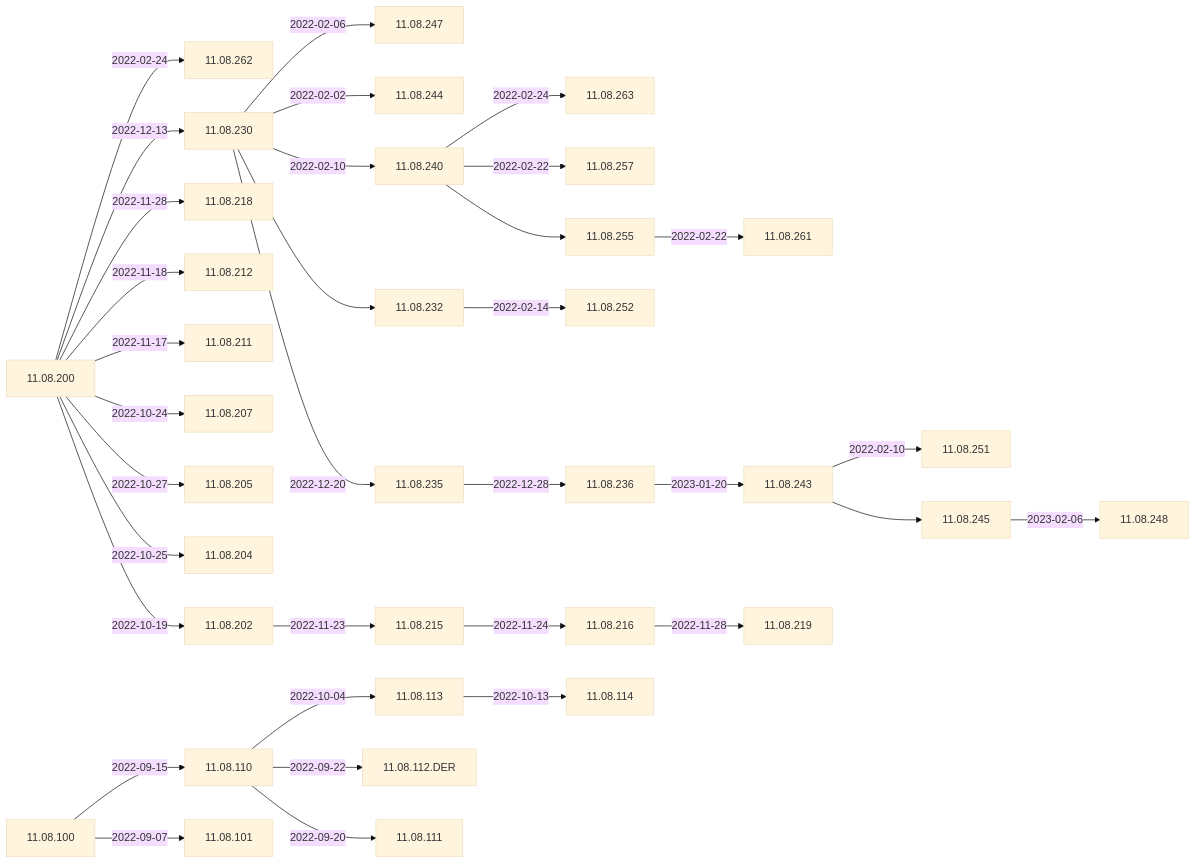
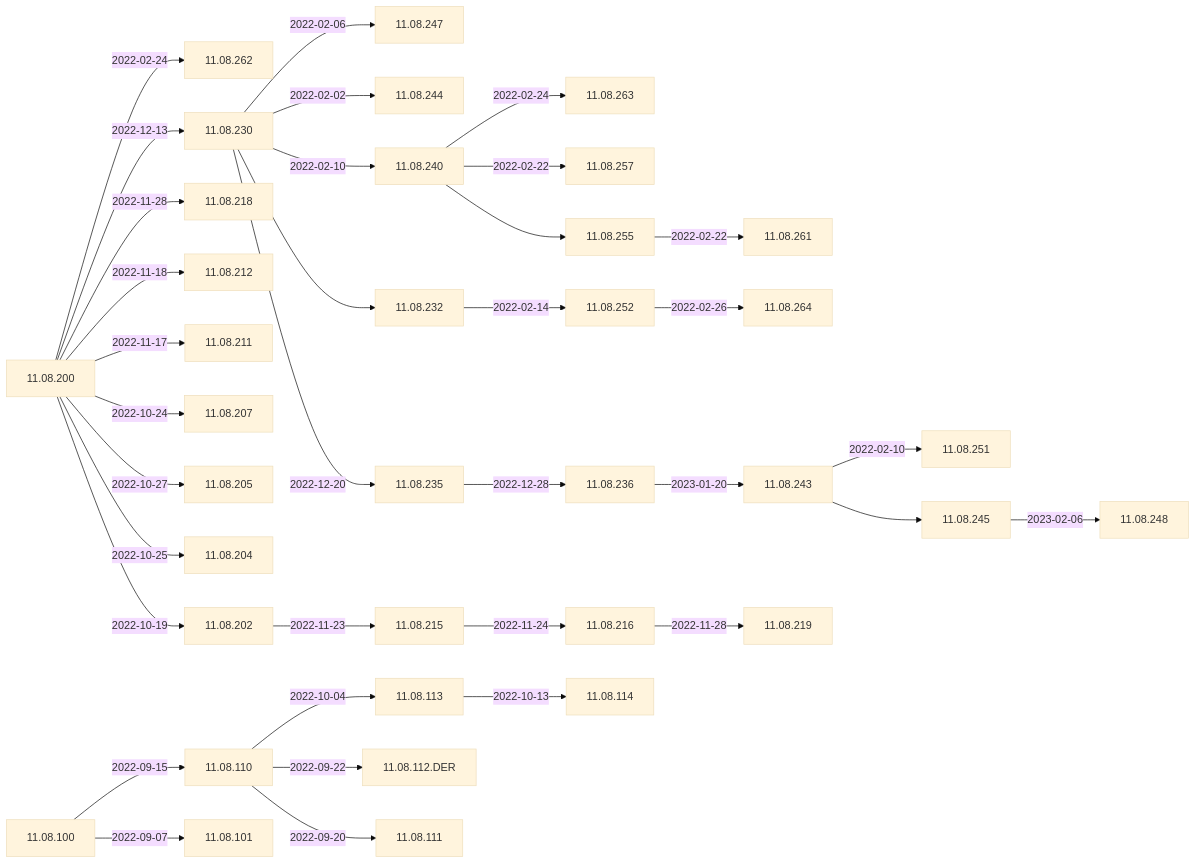
One commit to woydziak/IGEL-Docs changed the first of 3 diagrams in Docs/ReleaseNotes/01-OS11/README.md. Above: the diagram before and after it, drawn with Mermaid (base theme).

Commit message:
11.08.252 --> 11.08.264

````diff
--- a/Docs/ReleaseNotes/01-OS11/README.md
+++ b/Docs/ReleaseNotes/01-OS11/README.md
@@ -9,49 +9,51 @@
 ```mermaid
 flowchart LR
+    11.08.252-- 2022-02-26 -->11.08.264
     11.08.200-- 2022-02-24 -->11.08.262
     11.08.243-- 2022-02-10 -->11.08.251
     11.08.230-- 2022-02-06 -->11.08.247
     11.08.230-- 2022-02-02 -->11.08.244
     11.08.240-- 2022-02-24 -->11.08.263
     11.08.240-- 2022-02-22 -->11.08.257
     11.08.240-->11.08.255-- 2022-02-22 -->11.08.261
     11.08.230-- 2022-02-10 -->11.08.240
     11.08.230-->11.08.232-- 2022-02-14 -->11.08.252
     11.08.200-- 2022-12-13 -->11.08.230-- 2022-12-20 -->11.08.235-- 2022-12-28 -->11.08.236-- 2023-01-20 -->11.08.243-->11.08.245-- 2023-02-06 -->11.08.248
     11.08.200-- 2022-11-28 -->11.08.218
     11.08.200-- 2022-11-18 -->11.08.212
     11.08.200-- 2022-11-17 -->11.08.211
     11.08.200-- 2022-10-24 -->11.08.207
     11.08.200-- 2022-10-27 -->11.08.205
     11.08.200-- 2022-10-25 -->11.08.204
     11.08.200-- 2022-10-19 -->11.08.202-- 2022-11-23 -->11.08.215-- 2022-11-24 -->11.08.216-- 2022-11-28 -->11.08.219
     11.08.110-- 2022-10-04 -->11.08.113-- 2022-10-13 -->11.08.114
     11.08.110-- 2022-09-22 -->11.08.112.DER
     11.08.100-- 2022-09-15 -->11.08.110-- 2022-09-20 -->11.08.111
     11.08.100-- 2022-09-07 -->11.08.101
+    click 11.08.264 "https://github.com/IGEL-Community/IGEL-Docs/blob/main/Docs/ReleaseNotes/01-OS11/readme11.08.264.txt" "Open this in a new tab"
     click 11.08.263 "https://github.com/IGEL-Community/IGEL-Docs/blob/main/Docs/ReleaseNotes/01-OS11/readme11.08.263.txt" "Open this in a new tab"
     click 11.08.262 "https://github.com/IGEL-Community/IGEL-Docs/blob/main/Docs/ReleaseNotes/01-OS11/readme11.08.262.txt" "Open this in a new tab"
     click 11.08.261 "https://github.com/IGEL-Community/IGEL-Docs/blob/main/Docs/ReleaseNotes/01-OS11/readme11.08.261.txt" "Open this in a new tab"
     click 11.08.257 "https://github.com/IGEL-Community/IGEL-Docs/blob/main/Docs/ReleaseNotes/01-OS11/readme11.08.257.txt" "Open this in a new tab"
     click 11.08.252 "https://github.com/IGEL-Community/IGEL-Docs/blob/main/Docs/ReleaseNotes/01-OS11/readme11.08.252.txt" "Open this in a new tab"
     click 11.08.251 "https://github.com/IGEL-Community/IGEL-Docs/blob/main/Docs/ReleaseNotes/01-OS11/readme11.08.251.txt" "Open this in a new tab"
     click 11.08.248 "https://github.com/IGEL-Community/IGEL-Docs/blob/main/Docs/ReleaseNotes/01-OS11/readme11.08.248.txt" "Open this in a new tab"
     click 11.08.247 "https://github.com/IGEL-Community/IGEL-Docs/blob/main/Docs/ReleaseNotes/01-OS11/readme11.08.247.txt" "Open this in a new tab"
     click 11.08.244 "https://github.com/IGEL-Community/IGEL-Docs/blob/main/Docs/ReleaseNotes/01-OS11/readme11.08.244.txt" "Open this in a new tab"
     click 11.08.243 "https://github.com/IGEL-Community/IGEL-Docs/blob/main/Docs/ReleaseNotes/01-OS11/readme11.08.243.txt" "Open this in a new tab"
     click 11.08.240 "https://github.com/IGEL-Community/IGEL-Docs/blob/main/Docs/ReleaseNotes/01-OS11/readme11.08.240.txt" "Open this in a new tab"
     click 11.08.236 "https://github.com/IGEL-Community/IGEL-Docs/blob/main/Docs/ReleaseNotes/01-OS11/readme11.08.236.txt" "Open this in a new tab"
     click 11.08.235 "https://github.com/IGEL-Community/IGEL-Docs/blob/main/Docs/ReleaseNotes/01-OS11/readme11.08.235.txt" "Open this in a new tab"
     click 11.08.230 "https://github.com/IGEL-Community/IGEL-Docs/blob/main/Docs/ReleaseNotes/01-OS11/readme11.08.230.txt" "Open this in a new tab"
     click 11.08.219 "https://github.com/IGEL-Community/IGEL-Docs/blob/main/Docs/ReleaseNotes/01-OS11/readme11.08.219.txt" "Open this in a new tab"
     click 11.08.218 "https://github.com/IGEL-Community/IGEL-Docs/blob/main/Docs/ReleaseNotes/01-OS11/readme11.08.218.txt" "Open this in a new tab"
     click 11.08.216 "https://github.com/IGEL-Community/IGEL-Docs/blob/main/Docs/ReleaseNotes/01-OS11/readme11.08.216.txt" "Open this in a new tab"
     click 11.08.215 "https://github.com/IGEL-Community/IGEL-Docs/blob/main/Docs/ReleaseNotes/01-OS11/readme11.08.215.txt" "Open this in a new tab"
     click 11.08.212 "https://github.com/IGEL-Community/IGEL-Docs/blob/main/Docs/ReleaseNotes/01-OS11/readme11.08.212.txt" "Open this in a new tab"
     click 11.08.211 "https://github.com/IGEL-Community/IGEL-Docs/blob/main/Docs/ReleaseNotes/01-OS11/readme11.08.211.txt" "Open this in a new tab"
     click 11.08.207 "https://github.com/IGEL-Community/IGEL-Docs/blob/main/Docs/ReleaseNotes/01-OS11/readme11.08.207.txt" "Open this in a new tab"
     click 11.08.205 "https://github.com/IGEL-Community/IGEL-Docs/blob/main/Docs/ReleaseNotes/01-OS11/readme11.08.205.txt" "Open this in a new tab"
     click 11.08.204 "https://github.com/IGEL-Community/IGEL-Docs/blob/main/Docs/ReleaseNotes/01-OS11/readme11.08.204.txt" "Open this in a new tab"
     click 11.08.202 "https://github.com/IGEL-Community/IGEL-Docs/blob/main/Docs/ReleaseNotes/01-OS11/readme11.08.202.txt" "Open this in a new tab"
     click 11.08.200 "https://github.com/IGEL-Community/IGEL-Docs/blob/main/Docs/ReleaseNotes/01-OS11/readme11.08.200.txt" "Open this in a new tab"
 ```
````
